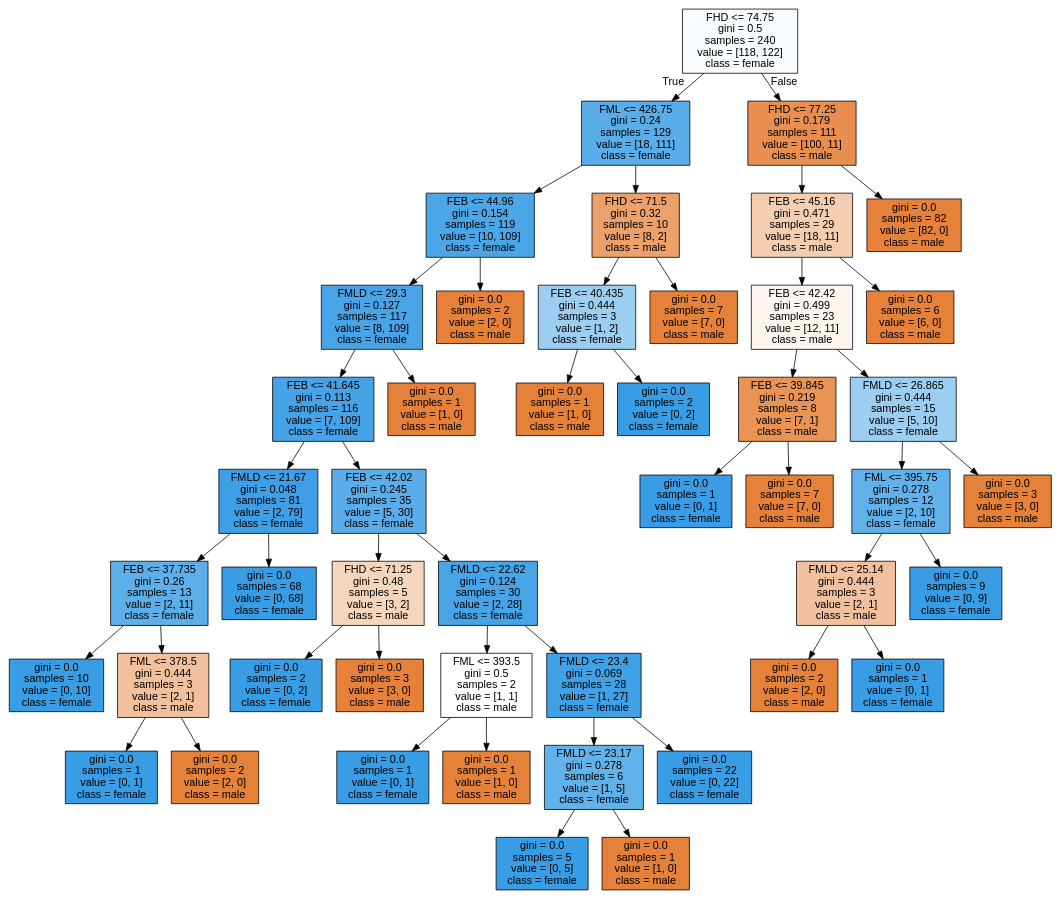
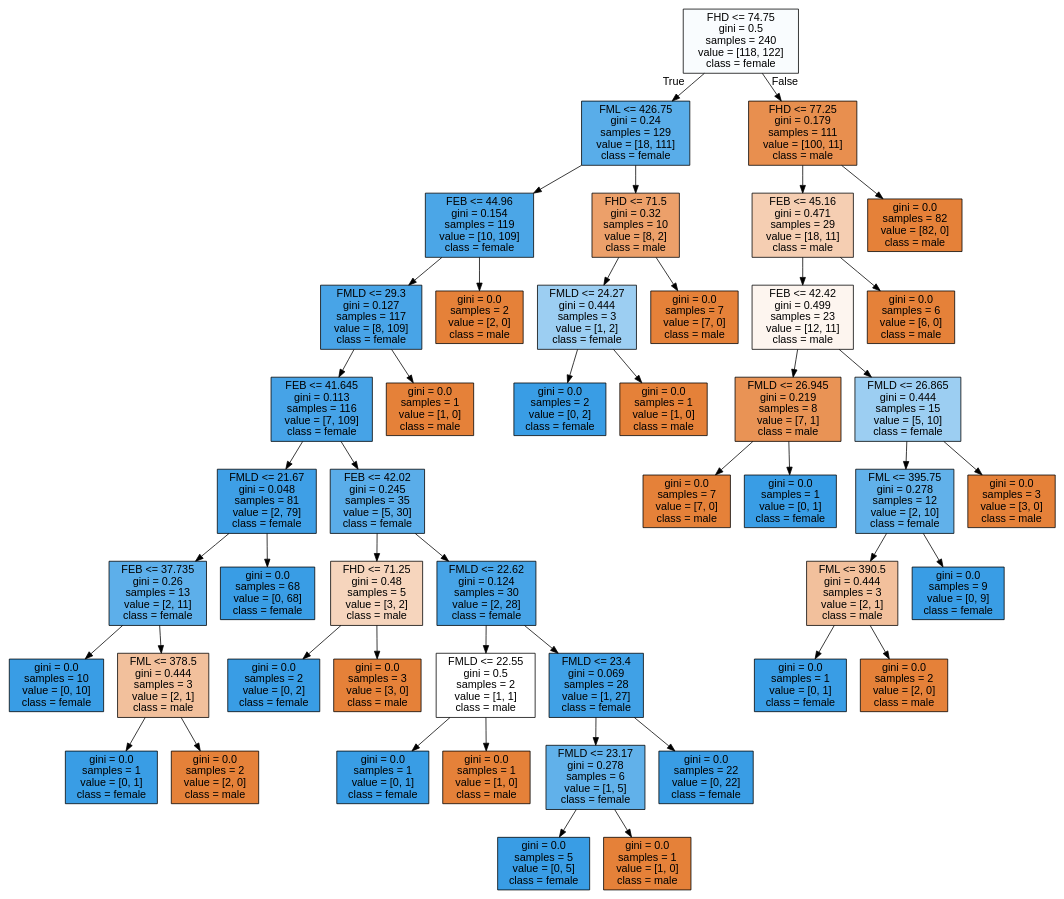
Before and after one commit to AndreeaBolonyi/ReconstituiriIstorice: the diagram in data/decision_trees/tree_sex_femur.dot, drawn with Graphviz. The commit also changed 6 other files, not shown here.

```diff
--- a/data/decision_trees/tree_sex_femur.dot
+++ b/data/decision_trees/tree_sex_femur.dot
@@ -1,97 +1,97 @@
 digraph Tree {
 node [shape=box, style="filled", color="black", fontname="helvetica"] ;
 edge [fontname="helvetica"] ;
 0 [label="FHD <= 74.75\ngini = 0.5\nsamples = 240\nvalue = [118, 122]\nclass = female", fillcolor="#f9fcfe"] ;
 1 [label="FML <= 426.75\ngini = 0.24\nsamples = 129\nvalue = [18, 111]\nclass = female", fillcolor="#59ade9"] ;
 0 -> 1 [labeldistance=2.5, labelangle=45, headlabel="True"] ;
 2 [label="FEB <= 44.96\ngini = 0.154\nsamples = 119\nvalue = [10, 109]\nclass = female", fillcolor="#4ba6e7"] ;
 1 -> 2 ;
 3 [label="FMLD <= 29.3\ngini = 0.127\nsamples = 117\nvalue = [8, 109]\nclass = female", fillcolor="#48a4e7"] ;
 2 -> 3 ;
 4 [label="FEB <= 41.645\ngini = 0.113\nsamples = 116\nvalue = [7, 109]\nclass = female", fillcolor="#46a3e7"] ;
 3 -> 4 ;
 5 [label="FMLD <= 21.67\ngini = 0.048\nsamples = 81\nvalue = [2, 79]\nclass = female", fillcolor="#3e9fe6"] ;
 4 -> 5 ;
 6 [label="FEB <= 37.735\ngini = 0.26\nsamples = 13\nvalue = [2, 11]\nclass = female", fillcolor="#5dafea"] ;
 5 -> 6 ;
 7 [label="gini = 0.0\nsamples = 10\nvalue = [0, 10]\nclass = female", fillcolor="#399de5"] ;
 6 -> 7 ;
 8 [label="FML <= 378.5\ngini = 0.444\nsamples = 3\nvalue = [2, 1]\nclass = male", fillcolor="#f2c09c"] ;
 6 -> 8 ;
 9 [label="gini = 0.0\nsamples = 1\nvalue = [0, 1]\nclass = female", fillcolor="#399de5"] ;
 8 -> 9 ;
 10 [label="gini = 0.0\nsamples = 2\nvalue = [2, 0]\nclass = male", fillcolor="#e58139"] ;
 8 -> 10 ;
 11 [label="gini = 0.0\nsamples = 68\nvalue = [0, 68]\nclass = female", fillcolor="#399de5"] ;
 5 -> 11 ;
 12 [label="FEB <= 42.02\ngini = 0.245\nsamples = 35\nvalue = [5, 30]\nclass = female", fillcolor="#5aade9"] ;
 4 -> 12 ;
 13 [label="FHD <= 71.25\ngini = 0.48\nsamples = 5\nvalue = [3, 2]\nclass = male", fillcolor="#f6d5bd"] ;
 12 -> 13 ;
 14 [label="gini = 0.0\nsamples = 2\nvalue = [0, 2]\nclass = female", fillcolor="#399de5"] ;
 13 -> 14 ;
 15 [label="gini = 0.0\nsamples = 3\nvalue = [3, 0]\nclass = male", fillcolor="#e58139"] ;
 13 -> 15 ;
 16 [label="FMLD <= 22.62\ngini = 0.124\nsamples = 30\nvalue = [2, 28]\nclass = female", fillcolor="#47a4e7"] ;
 12 -> 16 ;
-17 [label="FML <= 393.5\ngini = 0.5\nsamples = 2\nvalue = [1, 1]\nclass = male", fillcolor="#ffffff"] ;
+17 [label="FMLD <= 22.55\ngini = 0.5\nsamples = 2\nvalue = [1, 1]\nclass = male", fillcolor="#ffffff"] ;
 16 -> 17 ;
 18 [label="gini = 0.0\nsamples = 1\nvalue = [0, 1]\nclass = female", fillcolor="#399de5"] ;
 17 -> 18 ;
 19 [label="gini = 0.0\nsamples = 1\nvalue = [1, 0]\nclass = male", fillcolor="#e58139"] ;
 17 -> 19 ;
 20 [label="FMLD <= 23.4\ngini = 0.069\nsamples = 28\nvalue = [1, 27]\nclass = female", fillcolor="#40a1e6"] ;
 16 -> 20 ;
 21 [label="FMLD <= 23.17\ngini = 0.278\nsamples = 6\nvalue = [1, 5]\nclass = female", fillcolor="#61b1ea"] ;
 20 -> 21 ;
 22 [label="gini = 0.0\nsamples = 5\nvalue = [0, 5]\nclass = female", fillcolor="#399de5"] ;
 21 -> 22 ;
 23 [label="gini = 0.0\nsamples = 1\nvalue = [1, 0]\nclass = male", fillcolor="#e58139"] ;
 21 -> 23 ;
 24 [label="gini = 0.0\nsamples = 22\nvalue = [0, 22]\nclass = female", fillcolor="#399de5"] ;
 20 -> 24 ;
 25 [label="gini = 0.0\nsamples = 1\nvalue = [1, 0]\nclass = male", fillcolor="#e58139"] ;
 3 -> 25 ;
 26 [label="gini = 0.0\nsamples = 2\nvalue = [2, 0]\nclass = male", fillcolor="#e58139"] ;
 2 -> 26 ;
 27 [label="FHD <= 71.5\ngini = 0.32\nsamples = 10\nvalue = [8, 2]\nclass = male", fillcolor="#eca06a"] ;
 1 -> 27 ;
-28 [label="FEB <= 40.435\ngini = 0.444\nsamples = 3\nvalue = [1, 2]\nclass = female", fillcolor="#9ccef2"] ;
+28 [label="FMLD <= 24.27\ngini = 0.444\nsamples = 3\nvalue = [1, 2]\nclass = female", fillcolor="#9ccef2"] ;
 27 -> 28 ;
-29 [label="gini = 0.0\nsamples = 1\nvalue = [1, 0]\nclass = male", fillcolor="#e58139"] ;
+29 [label="gini = 0.0\nsamples = 2\nvalue = [0, 2]\nclass = female", fillcolor="#399de5"] ;
 28 -> 29 ;
-30 [label="gini = 0.0\nsamples = 2\nvalue = [0, 2]\nclass = female", fillcolor="#399de5"] ;
+30 [label="gini = 0.0\nsamples = 1\nvalue = [1, 0]\nclass = male", fillcolor="#e58139"] ;
 28 -> 30 ;
 31 [label="gini = 0.0\nsamples = 7\nvalue = [7, 0]\nclass = male", fillcolor="#e58139"] ;
 27 -> 31 ;
 32 [label="FHD <= 77.25\ngini = 0.179\nsamples = 111\nvalue = [100, 11]\nclass = male", fillcolor="#e88f4f"] ;
 0 -> 32 [labeldistance=2.5, labelangle=-45, headlabel="False"] ;
 33 [label="FEB <= 45.16\ngini = 0.471\nsamples = 29\nvalue = [18, 11]\nclass = male", fillcolor="#f5ceb2"] ;
 32 -> 33 ;
 34 [label="FEB <= 42.42\ngini = 0.499\nsamples = 23\nvalue = [12, 11]\nclass = male", fillcolor="#fdf5ef"] ;
 33 -> 34 ;
-35 [label="FEB <= 39.845\ngini = 0.219\nsamples = 8\nvalue = [7, 1]\nclass = male", fillcolor="#e99355"] ;
+35 [label="FMLD <= 26.945\ngini = 0.219\nsamples = 8\nvalue = [7, 1]\nclass = male", fillcolor="#e99355"] ;
 34 -> 35 ;
-36 [label="gini = 0.0\nsamples = 1\nvalue = [0, 1]\nclass = female", fillcolor="#399de5"] ;
+36 [label="gini = 0.0\nsamples = 7\nvalue = [7, 0]\nclass = male", fillcolor="#e58139"] ;
 35 -> 36 ;
-37 [label="gini = 0.0\nsamples = 7\nvalue = [7, 0]\nclass = male", fillcolor="#e58139"] ;
+37 [label="gini = 0.0\nsamples = 1\nvalue = [0, 1]\nclass = female", fillcolor="#399de5"] ;
 35 -> 37 ;
 38 [label="FMLD <= 26.865\ngini = 0.444\nsamples = 15\nvalue = [5, 10]\nclass = female", fillcolor="#9ccef2"] ;
 34 -> 38 ;
 39 [label="FML <= 395.75\ngini = 0.278\nsamples = 12\nvalue = [2, 10]\nclass = female", fillcolor="#61b1ea"] ;
 38 -> 39 ;
-40 [label="FMLD <= 25.14\ngini = 0.444\nsamples = 3\nvalue = [2, 1]\nclass = male", fillcolor="#f2c09c"] ;
+40 [label="FML <= 390.5\ngini = 0.444\nsamples = 3\nvalue = [2, 1]\nclass = male", fillcolor="#f2c09c"] ;
 39 -> 40 ;
-41 [label="gini = 0.0\nsamples = 2\nvalue = [2, 0]\nclass = male", fillcolor="#e58139"] ;
+41 [label="gini = 0.0\nsamples = 1\nvalue = [0, 1]\nclass = female", fillcolor="#399de5"] ;
 40 -> 41 ;
-42 [label="gini = 0.0\nsamples = 1\nvalue = [0, 1]\nclass = female", fillcolor="#399de5"] ;
+42 [label="gini = 0.0\nsamples = 2\nvalue = [2, 0]\nclass = male", fillcolor="#e58139"] ;
 40 -> 42 ;
 43 [label="gini = 0.0\nsamples = 9\nvalue = [0, 9]\nclass = female", fillcolor="#399de5"] ;
 39 -> 43 ;
 44 [label="gini = 0.0\nsamples = 3\nvalue = [3, 0]\nclass = male", fillcolor="#e58139"] ;
 38 -> 44 ;
 45 [label="gini = 0.0\nsamples = 6\nvalue = [6, 0]\nclass = male", fillcolor="#e58139"] ;
 33 -> 45 ;
 46 [label="gini = 0.0\nsamples = 82\nvalue = [82, 0]\nclass = male", fillcolor="#e58139"] ;
 32 -> 46 ;
 }
```
